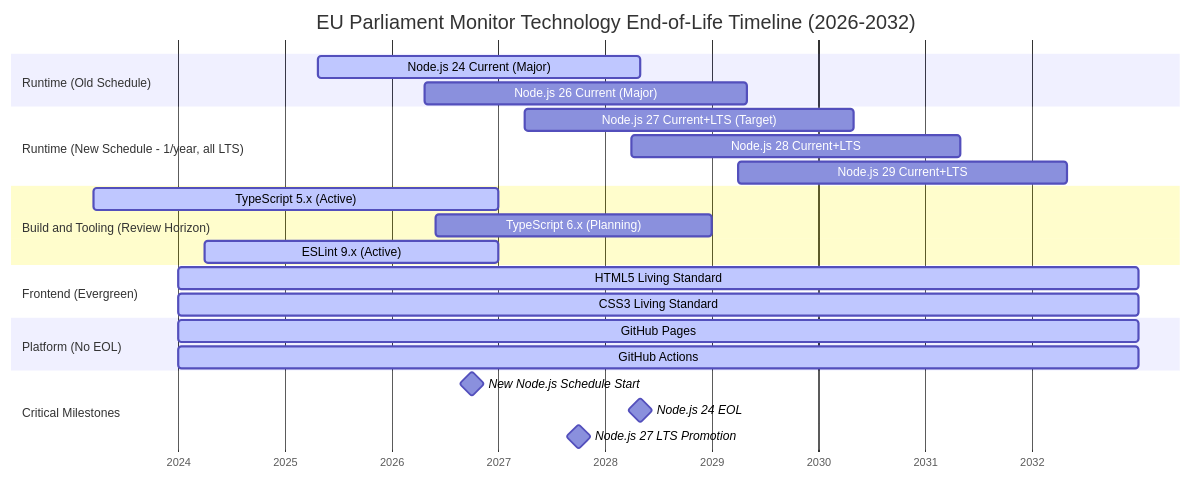
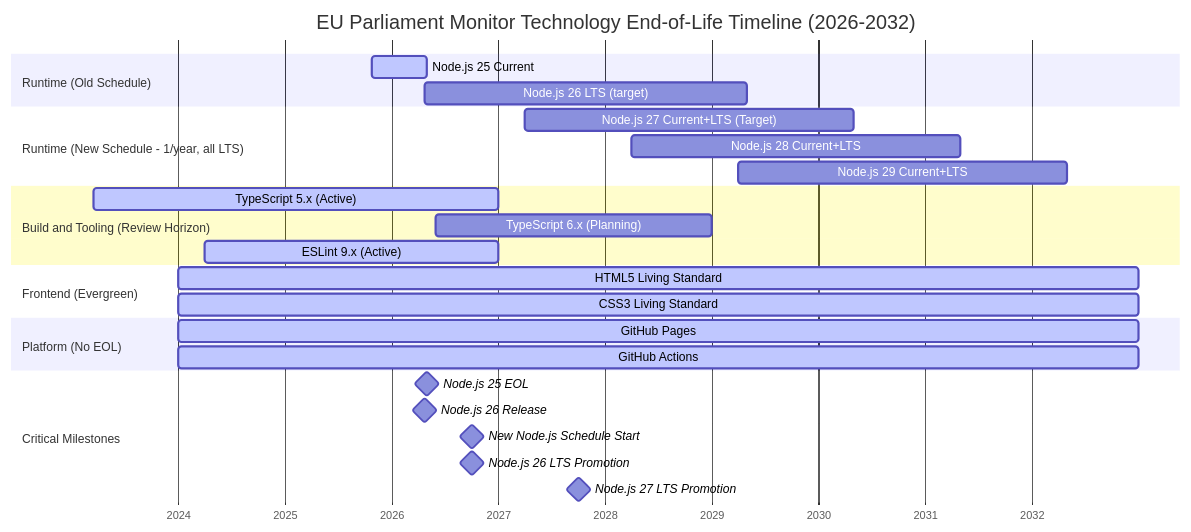
The fifth of 6 diagrams in End-of-Life-Strategy.md (Hack23/euparliamentmonitor), drawn with Mermaid before and after one commit. The commit also changed other lines of this file and 50 other files, not shown here.

````diff
--- a/End-of-Life-Strategy.md
+++ b/End-of-Life-Strategy.md
@@ -369,33 +373,35 @@
 ```mermaid
 gantt
     title EU Parliament Monitor Technology End-of-Life Timeline (2026-2032)
     dateFormat YYYY-MM-DD
     axisFormat %Y
 
     section Runtime (Old Schedule)
-    Node.js 24 Current (Major)  :active, node24, 2025-04-22, 2028-04-30
-    Node.js 26 Current (Major)  :node26, 2026-04-22, 2029-04-30
+    Node.js 25 Current          :active, node25, 2025-10-22, 2026-04-30
+    Node.js 26 LTS (target)     :node26, 2026-04-22, 2029-04-30
 
     section Runtime (New Schedule - 1/year, all LTS)
     Node.js 27 Current+LTS (Target) :node27, 2027-04-01, 2030-04-30
     Node.js 28 Current+LTS          :node28, 2028-04-01, 2031-04-30
     Node.js 29 Current+LTS          :node29, 2029-04-01, 2032-04-30
 
     section Build and Tooling (Review Horizon)
     TypeScript 5.x (Active)     :active, ts5, 2023-03-16, 2026-12-31
     TypeScript 6.x (Planning)   :ts6, 2026-06-01, 2028-12-31
     ESLint 9.x (Active)         :active, eslint9, 2024-04-01, 2026-12-31
 
     section Frontend (Evergreen)
     HTML5 Living Standard       :active, html5, 2024-01-01, 2032-12-31
     CSS3 Living Standard        :active, css3, 2024-01-01, 2032-12-31
 
     section Platform (No EOL)
     GitHub Pages                :active, ghpages, 2024-01-01, 2032-12-31
     GitHub Actions              :active, ghactions, 2024-01-01, 2032-12-31
 
     section Critical Milestones
+    Node.js 25 EOL              :milestone, node25eol, 2026-04-30, 0d
+    Node.js 26 Release          :milestone, node26rel, 2026-04-22, 0d
     New Node.js Schedule Start  :milestone, newschedule, 2026-10-01, 0d
-    Node.js 24 EOL              :milestone, node24eol, 2028-04-30, 0d
+    Node.js 26 LTS Promotion    :milestone, node26lts, 2026-10-01, 0d
     Node.js 27 LTS Promotion    :milestone, node27lts, 2027-10-01, 0d
 ```
````
